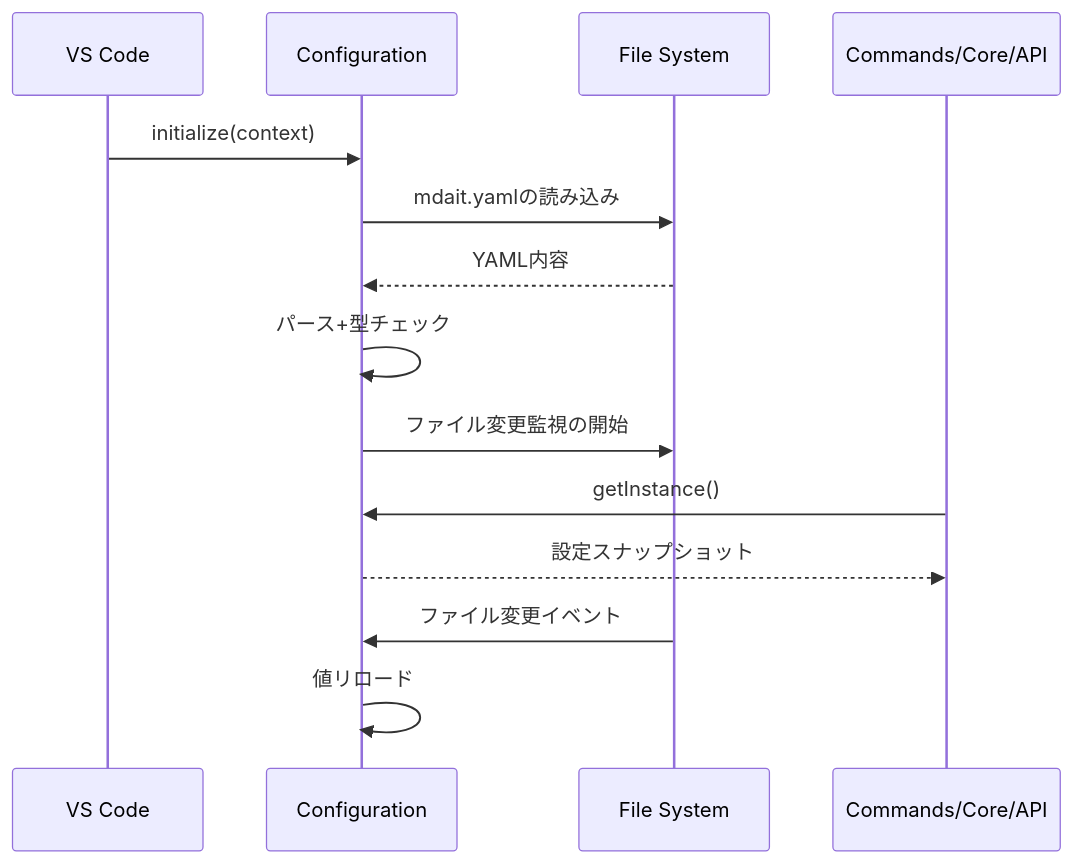
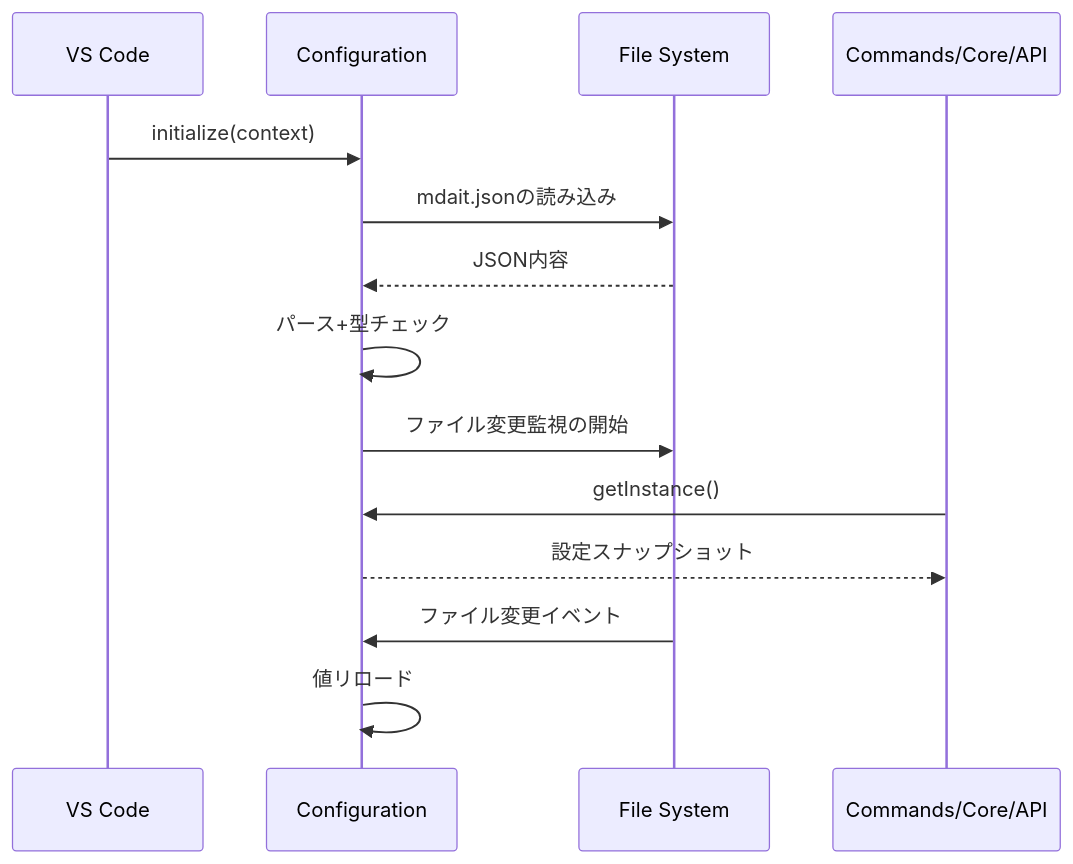
One commit to mochimochiki/mdait changed the diagram in design/config.md. Above: the diagram before and after it, drawn with Mermaid. The commit also changed other lines of this file and 21 other files, not shown here.

Commit message:
feat: Implement onboarding flow with mdait.json configuration

````diff
--- a/design/config.md
+++ b/design/config.md
@@ -11,17 +19,17 @@
 ```mermaid
 sequenceDiagram
 		participant VS as VS Code
 		participant Cfg as Configuration
 		participant FS as File System
 		participant Caller as Commands/Core/API
 
 		VS->>Cfg: initialize(context)
-		Cfg->>FS: mdait.yamlの読み込み
-		FS-->>Cfg: YAML内容
+		Cfg->>FS: mdait.jsonの読み込み
+		FS-->>Cfg: JSON内容
 		Cfg->>Cfg: パース+型チェック
 		Cfg->>FS: ファイル変更監視の開始
 		Caller->>Cfg: getInstance()
 		Cfg-->>Caller: 設定スナップショット
 		FS->>Cfg: ファイル変更イベント
 		Cfg->>Cfg: 値リロード
 ```
````
